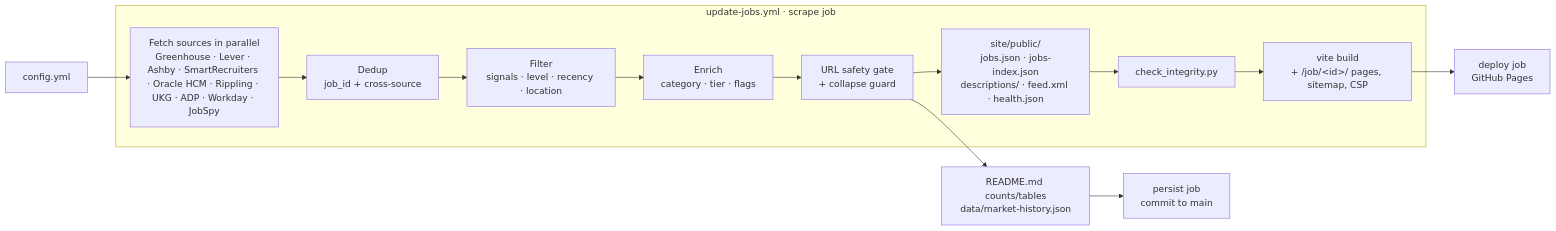
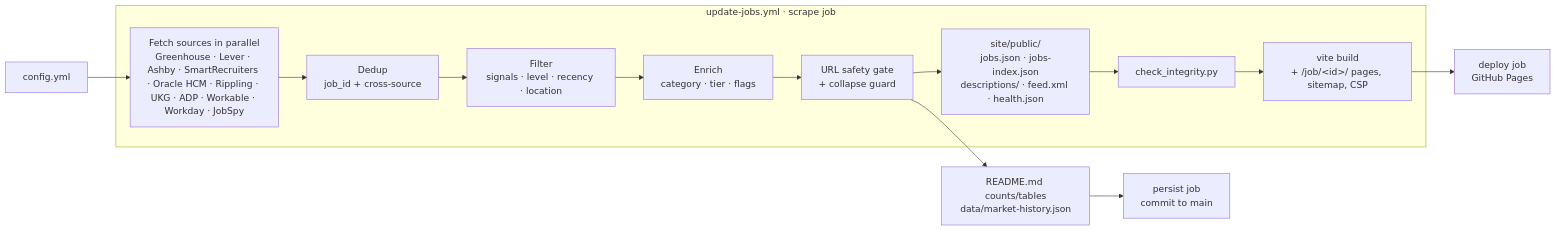
Before and after one commit to ambicuity/New-Grad-Jobs: the diagram in docs/architecture.md, drawn with Mermaid. The commit also changed other lines of this file and 22 other files, not shown here.

First line of the commit message:
feat(sources): add a Workable source with 5 verified direct employers (#405)

````diff
--- a/docs/architecture.md
+++ b/docs/architecture.md
@@ -9,16 +9,16 @@
 ```mermaid
 flowchart LR
     cfg[config.yml] --> fetch
     subgraph scrape["update-jobs.yml · scrape job"]
-        fetch["Fetch sources in parallel<br/>Greenhouse · Lever · Ashby · SmartRecruiters · Oracle HCM · Rippling · UKG · ADP · Workday · JobSpy"] --> dedup[Dedup<br/>job_id + cross-source]
+        fetch["Fetch sources in parallel<br/>Greenhouse · Lever · Ashby · SmartRecruiters · Oracle HCM · Rippling · UKG · ADP · Workable · Workday · JobSpy"] --> dedup[Dedup<br/>job_id + cross-source]
         dedup --> filter[Filter<br/>signals · level · recency · location]
         filter --> enrich[Enrich<br/>category · tier · flags]
         enrich --> gate[URL safety gate<br/>+ collapse guard]
         gate --> out["site/public/<br/>jobs.json · jobs-index.json<br/>descriptions/ · feed.xml · health.json"]
         out --> check[check_integrity.py]
         check --> build["vite build<br/>+ /job/&lt;id&gt;/ pages, sitemap, CSP"]
     end
     build --> deploy[deploy job<br/>GitHub Pages]
     gate --> state[README.md counts/tables<br/>data/market-history.json]
     state --> persist[persist job<br/>commit to main]
 ```
````
